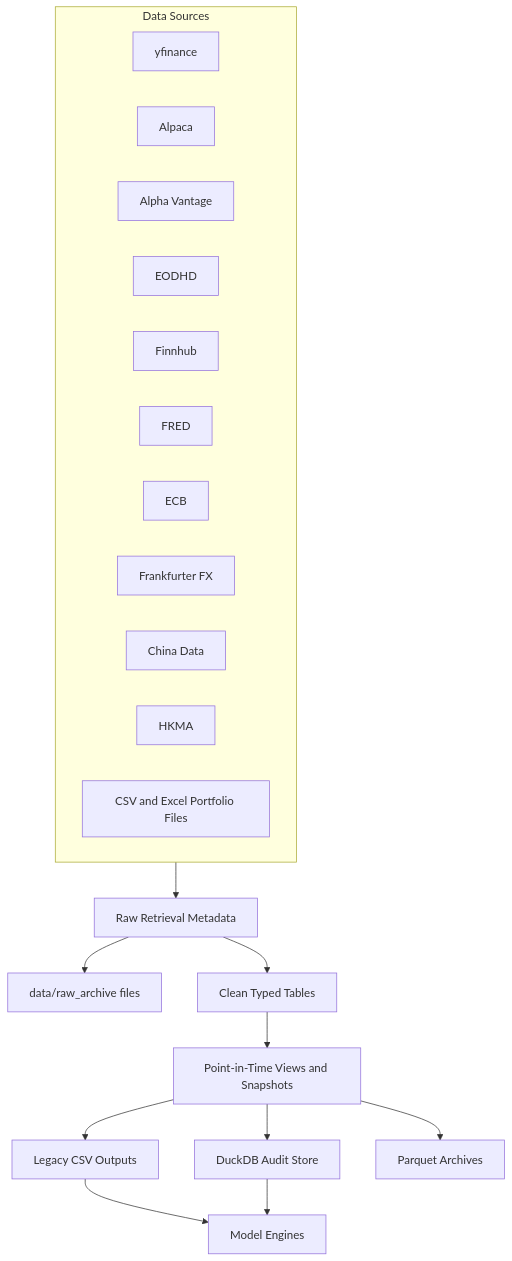
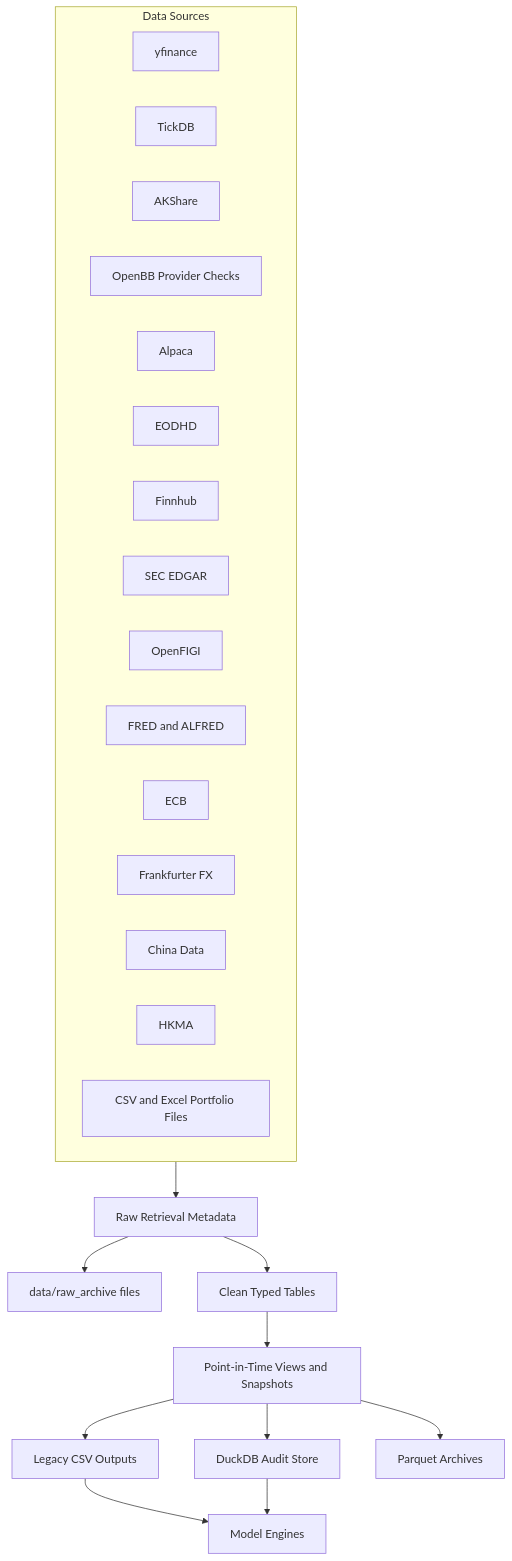
One commit to rohen97/Quantitative-Optimisation-Risk-Engine changed the third of 9 diagrams in docs/ARCHITECTURE_DIAGRAMS.md. Above: the diagram before and after it, drawn with Mermaid. The commit also changed other lines of this file and 11 other files, not shown here.

First line of the commit message:
Document supervised ML architecture and publish model comparison deck (#19)

````diff
--- a/docs/ARCHITECTURE_DIAGRAMS.md
+++ b/docs/ARCHITECTURE_DIAGRAMS.md
@@ -56,26 +72,30 @@
 ```mermaid
 flowchart TD
     subgraph Sources[Data Sources]
         YF[yfinance]
+        TDB[TickDB]
+        AK[AKShare]
+        OBB[OpenBB Provider Checks]
         ALP[Alpaca]
-        AV[Alpha Vantage]
         EOD[EODHD]
         FIN[Finnhub]
-        FRED[FRED]
+        SEC[SEC EDGAR]
+        FIGI[OpenFIGI]
+        FRED[FRED and ALFRED]
         ECB[ECB]
         FX[Frankfurter FX]
         CHN[China Data]
         HK[HKMA]
         FILES[CSV and Excel Portfolio Files]
     end
 
     Sources --> RAW[Raw Retrieval Metadata]
     RAW --> ARCH[data/raw_archive files]
     RAW --> CLEAN[Clean Typed Tables]
     CLEAN --> PIT[Point-in-Time Views and Snapshots]
     PIT --> CSV[Legacy CSV Outputs]
     PIT --> DUCK[DuckDB Audit Store]
     PIT --> PARQ[Parquet Archives]
     CSV --> MODEL[Model Engines]
     DUCK --> MODEL
 ```
````
